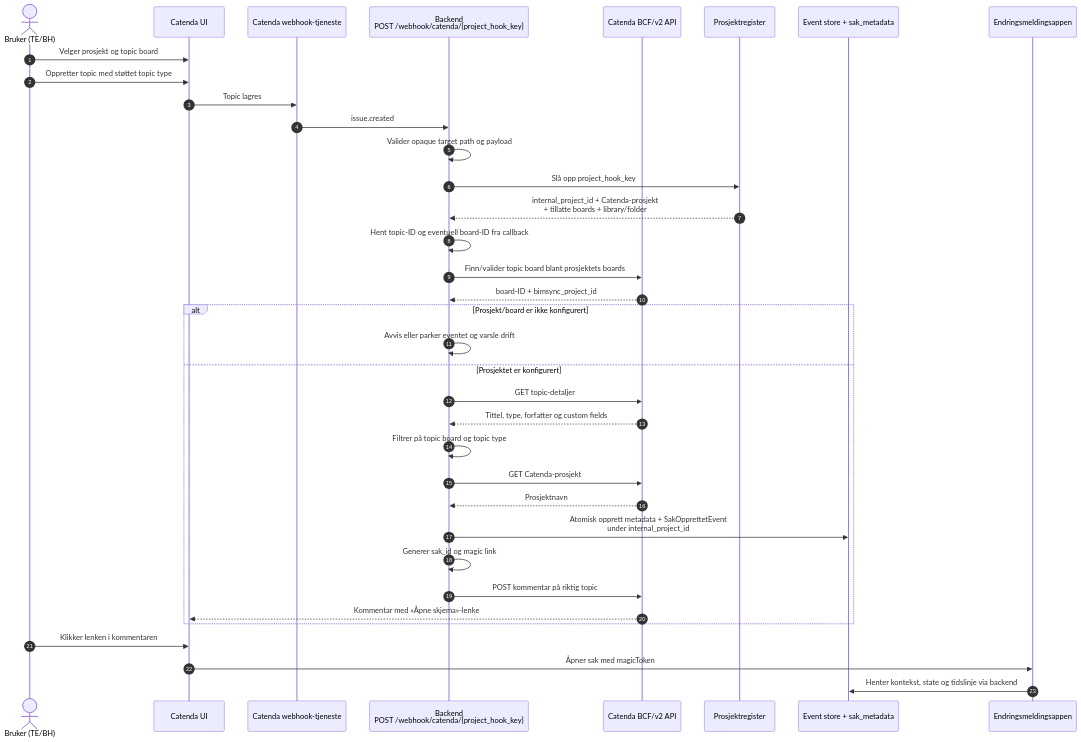
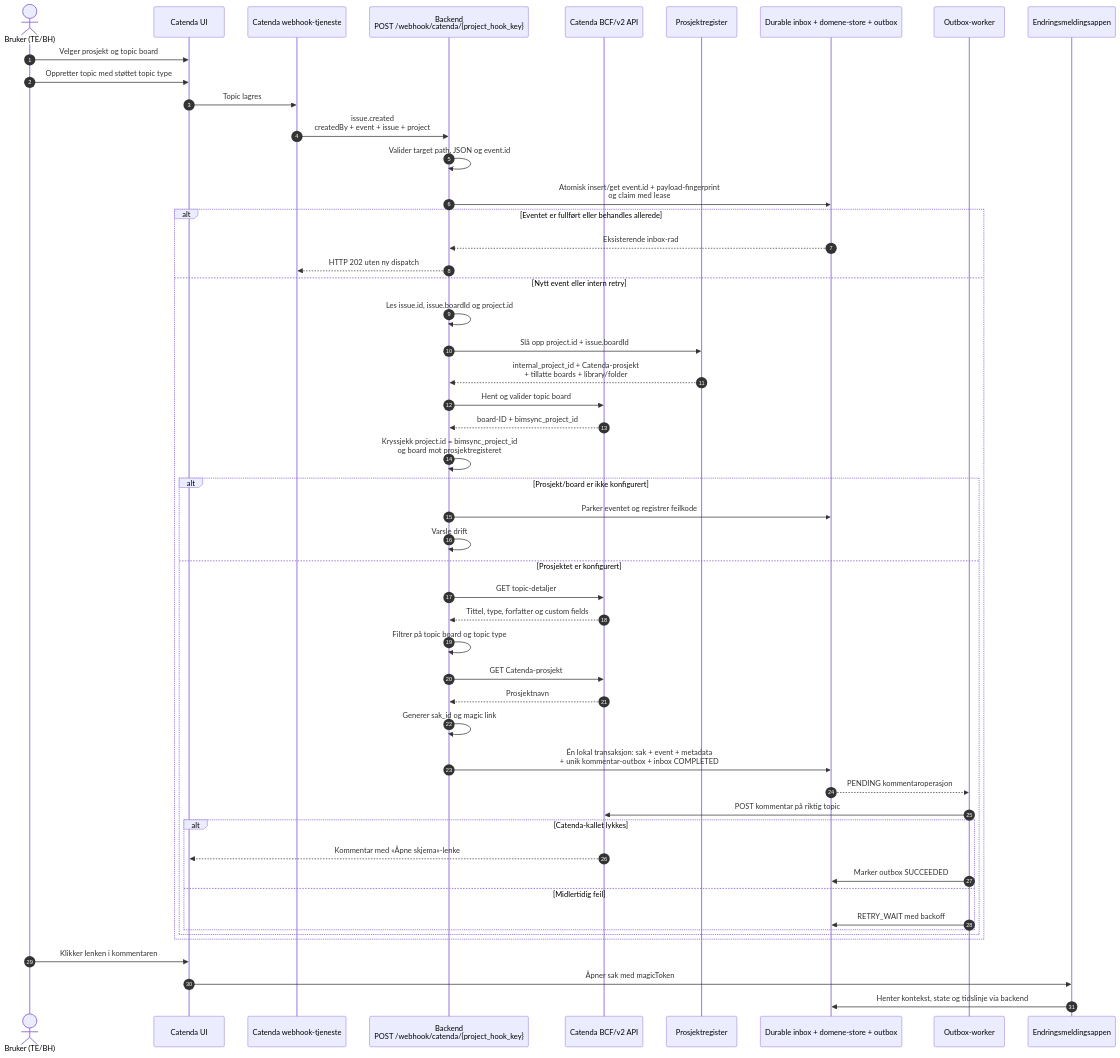
One commit to khjohns/endringsmeldinger changed the third of 6 diagrams in docs/catenda-dataflyt.md. Above: the diagram before and after it, drawn with Mermaid. The commit also changed other lines of this file and 21 other files, not shown here.

Commit message:
feat: harden Catenda webhook data flow

````diff
--- a/docs/catenda-dataflyt.md
+++ b/docs/catenda-dataflyt.md
@@ -112,44 +114,60 @@
 ```mermaid
 sequenceDiagram
     autonumber
     actor U as Bruker (TE/BH)
     participant UI as Catenda UI
     participant CAT as Catenda webhook-tjeneste
     participant WH as Backend<br/>POST /webhook/catenda/{project_hook_key}
     participant API as Catenda BCF/v2 API
     participant REG as Prosjektregister
-    participant DB as Event store + sak_metadata
+    participant DB as Durable inbox + domene-store + outbox
+    participant OW as Outbox-worker
     participant APP as Endringsmeldingsappen
 
     U->>UI: Velger prosjekt og topic board
     U->>UI: Oppretter topic med støttet topic type
     UI->>CAT: Topic lagres
-    CAT->>WH: issue.created
+    CAT->>WH: issue.created<br/>createdBy + event + issue + project
 
-    WH->>WH: Valider opaque target path og payload
-    WH->>REG: Slå opp project_hook_key
-    REG-->>WH: internal_project_id + Catenda-prosjekt<br/>+ tillatte boards + library/folder
-    WH->>WH: Hent topic-ID og eventuell board-ID fra callback
-    WH->>API: Finn/valider topic board blant prosjektets boards
-    API-->>WH: board-ID + bimsync_project_id
+    WH->>WH: Valider target path, JSON og event.id
+    WH->>DB: Atomisk insert/get event.id + payload-fingerprint<br/>og claim med lease
 
-    alt Prosjekt/board er ikke konfigurert
-        WH->>WH: Avvis eller parker eventet og varsle drift
-    else Prosjektet er konfigurert
+    alt Eventet er fullført eller behandles allerede
+        DB-->>WH: Eksisterende inbox-rad
+        WH-->>CAT: HTTP 202 uten ny dispatch
+    else Nytt event eller intern retry
+        WH->>WH: Les issue.id, issue.boardId og project.id
+        WH->>REG: Slå opp project.id + issue.boardId
+        REG-->>WH: internal_project_id + Catenda-prosjekt<br/>+ tillatte boards + library/folder
+        WH->>API: Hent og valider topic board
+        API-->>WH: board-ID + bimsync_project_id
+        WH->>WH: Kryssjekk project.id = bimsync_project_id<br/>og board mot prosjektregisteret
+
+        alt Prosjekt/board er ikke konfigurert
+            WH->>DB: Parker eventet og registrer feilkode
+            WH->>WH: Varsle drift
+        else Prosjektet er konfigurert
         WH->>API: GET topic-detaljer
         API-->>WH: Tittel, type, forfatter og custom fields
         WH->>WH: Filtrer på topic board og topic type
 
         WH->>API: GET Catenda-prosjekt
         API-->>WH: Prosjektnavn
 
-        WH->>DB: Atomisk opprett metadata + SakOpprettetEvent<br/>under internal_project_id
         WH->>WH: Generer sak_id og magic link
-        WH->>API: POST kommentar på riktig topic
-        API-->>UI: Kommentar med «Åpne skjema»-lenke
+            WH->>DB: Én lokal transaksjon: sak + event + metadata<br/>+ unik kommentar-outbox + inbox COMPLETED
+            DB-->>OW: PENDING kommentaroperasjon
+            OW->>API: POST kommentar på riktig topic
+            alt Catenda-kallet lykkes
+                API-->>UI: Kommentar med «Åpne skjema»-lenke
+                OW->>DB: Marker outbox SUCCEEDED
+            else Midlertidig feil
+                OW->>DB: RETRY_WAIT med backoff
+            end
+        end
     end
 
     U->>UI: Klikker lenken i kommentaren
     UI->>APP: Åpner sak med magicToken
     APP->>DB: Henter kontekst, state og tidslinje via backend
 ```
````
